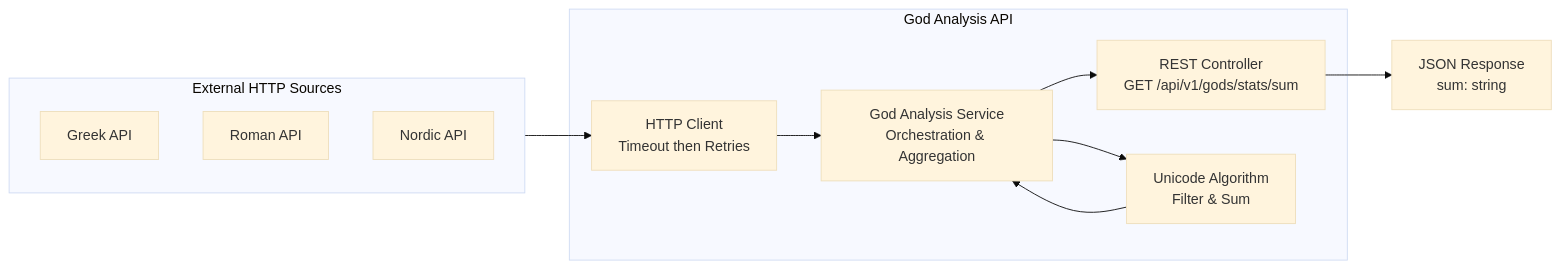
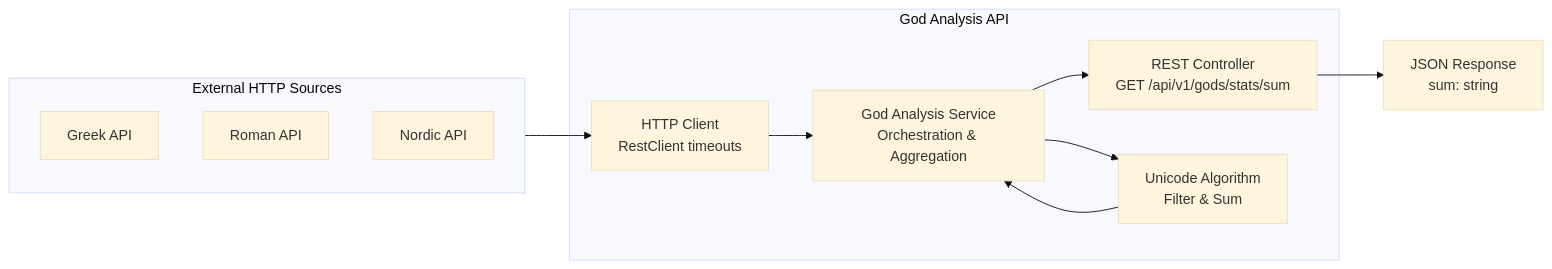
Before and after one commit to jabrena/plinth: the first of 2 diagrams in examples/requirements-examples/problem1/requirements/US-001-plan-analysis.plan.md, drawn with Mermaid (base theme). The commit also changed other lines of this file and 39 other files, not shown here.

````diff
--- a/examples/requirements-examples/problem1/requirements/US-001-plan-analysis.plan.md
+++ b/examples/requirements-examples/problem1/requirements/US-001-plan-analysis.plan.md
@@ -25,22 +25,22 @@
 ```mermaid
 flowchart LR
   subgraph Sources [External HTTP Sources]
     G[Greek API]
     R[Roman API]
     N[Nordic API]
   end
 
   subgraph Application [God Analysis API]
     Controller[REST Controller<br/>GET /api/v1/gods/stats/sum]
     Service[God Analysis Service<br/>Orchestration & Aggregation]
-    Client[HTTP Client<br/>Timeout then Retries]
+    Client[HTTP Client<br/>RestClient timeouts]
     Algorithm[Unicode Algorithm<br/>Filter & Sum]
   end
 
   Sources --> Client
   Client --> Service
   Service --> Algorithm
   Algorithm --> Service
   Service --> Controller
   Controller --> Response[JSON Response<br/>sum: string]
 ```
````
